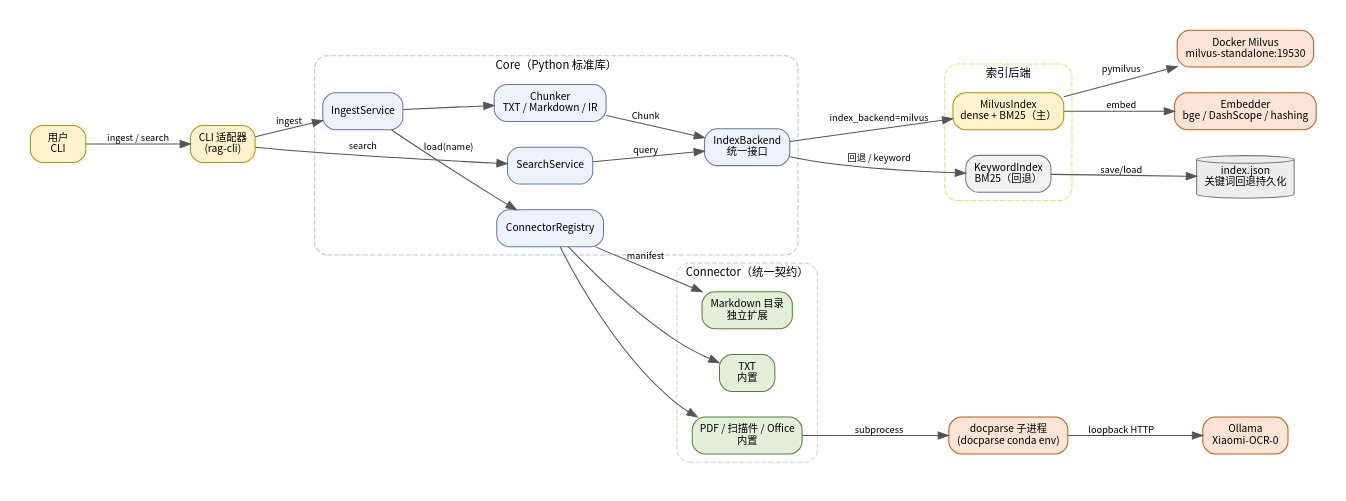
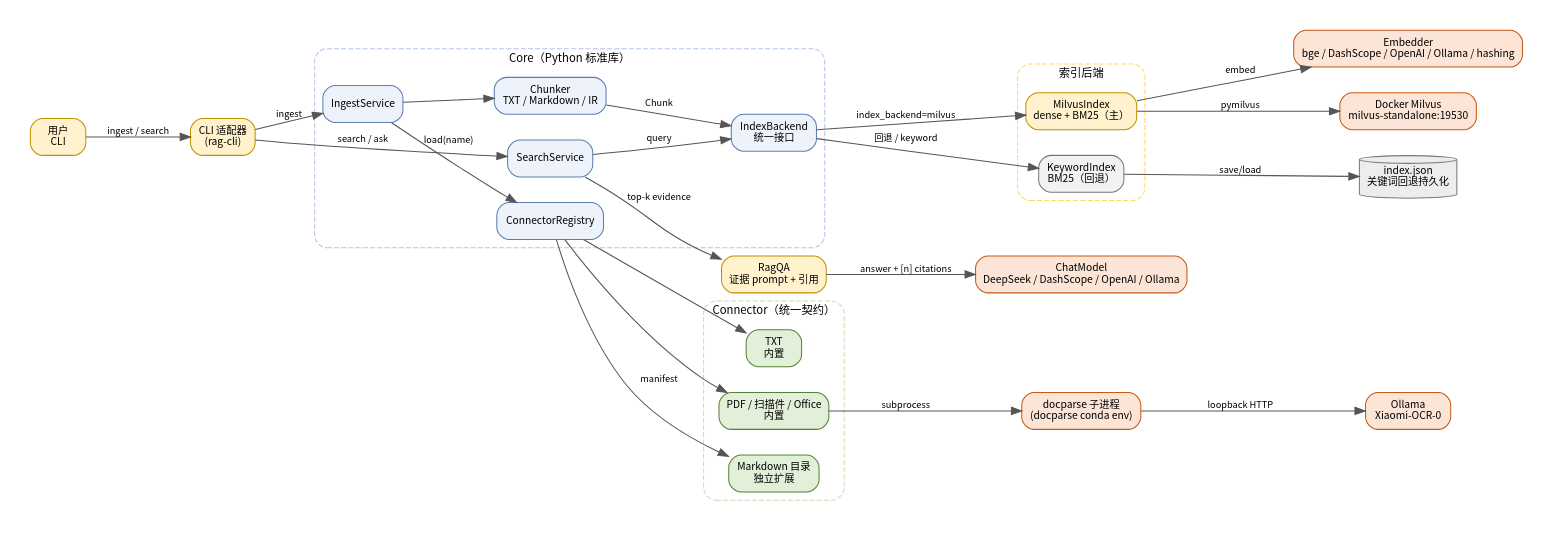
One commit to H-wonder/RAG_multidocs changed the diagram in project/docs/diagrams/architecture.dot. Above: the diagram before and after it, drawn with Graphviz. The commit also changed 18 other files, not shown here.

```diff
--- a/project/docs/diagrams/architecture.dot
+++ b/project/docs/diagrams/architecture.dot
@@ -1,65 +1,69 @@
 digraph architecture {
   rankdir=LR;
   graph [fontname="Noto Sans CJK SC", fontsize=11, pad=0.3, nodesep=0.35, ranksep=0.55];
   node [shape=box, style="rounded,filled", fontname="Noto Sans CJK SC", fontsize=10,
         fillcolor="#eef3fb", color="#5b7db1"];
   edge [fontname="Noto Sans CJK SC", fontsize=9, color="#555555"];
 
   user [label="用户\nCLI", fillcolor="#fff2cc", color="#bf9000"];
   cli [label="CLI 适配器\n(rag-cli)", fillcolor="#fff2cc", color="#bf9000"];
 
   subgraph cluster_core {
     label="Core（Python 标准库）";
     fontname="Noto Sans CJK SC";
     color="#b4c6e7";
     style="rounded,dashed";
     ingest [label="IngestService"];
     search [label="SearchService"];
     registry [label="ConnectorRegistry"];
     chunker [label="Chunker\nTXT / Markdown / IR"];
     backend [label="IndexBackend\n统一接口"];
   }
 
   subgraph cluster_connectors {
     label="Connector（统一契约）";
     fontname="Noto Sans CJK SC";
     color="#c6e0b4";
     style="rounded,dashed";
     txt [label="TXT\n内置", fillcolor="#e2f0d9", color="#548235"];
     pdf [label="PDF / 扫描件 / Office\n内置", fillcolor="#e2f0d9", color="#548235"];
     md [label="Markdown 目录\n独立扩展", fillcolor="#e2f0d9", color="#548235"];
   }
 
   subgraph cluster_index {
     label="索引后端";
     fontname="Noto Sans CJK SC";
     color="#ffd966";
     style="rounded,dashed";
     milvus_idx [label="MilvusIndex\ndense + BM25（主）", fillcolor="#fff2cc", color="#bf9000"];
     keyword_idx [label="KeywordIndex\nBM25（回退）", fillcolor="#f2f2f2", color="#777777"];
   }
 
-  embedder [label="Embedder\nbge / DashScope / hashing", fillcolor="#fce4d6", color="#c55a11"];
+  qa [label="RagQA\n证据 prompt + 引用", fillcolor="#fff2cc", color="#bf9000"];
+  chat [label="ChatModel\nDeepSeek / DashScope / OpenAI / Ollama", fillcolor="#fce4d6", color="#c55a11"];
+  embedder [label="Embedder\nbge / DashScope / OpenAI / Ollama / hashing", fillcolor="#fce4d6", color="#c55a11"];
   milvus [label="Docker Milvus\nmilvus-standalone:19530", fillcolor="#fce4d6", color="#c55a11"];
   docparse [label="docparse 子进程\n(docparse conda env)", fillcolor="#fce4d6", color="#c55a11"];
   ollama [label="Ollama\nXiaomi-OCR-0", fillcolor="#fce4d6", color="#c55a11"];
   disk [label="index.json\n关键词回退持久化", shape=cylinder, fillcolor="#ededed", color="#777777"];
 
   user -> cli [label="ingest / search"];
   cli -> ingest [label="ingest"];
-  cli -> search [label="search"];
+  cli -> search [label="search / ask"];
+  search -> qa [label="top-k evidence"];
+  qa -> chat [label="answer + [n] citations"];
   ingest -> registry [label="load(name)"];
   registry -> txt;
   registry -> pdf;
   registry -> md [label="manifest"];
   ingest -> chunker;
   chunker -> backend [label="Chunk"];
   search -> backend [label="query"];
   backend -> milvus_idx [label="index_backend=milvus"];
   backend -> keyword_idx [label="回退 / keyword"];
   milvus_idx -> embedder [label="embed"];
   milvus_idx -> milvus [label="pymilvus"];
   keyword_idx -> disk [label="save/load"];
   pdf -> docparse [label="subprocess"];
   docparse -> ollama [label="loopback HTTP"];
 }
```
